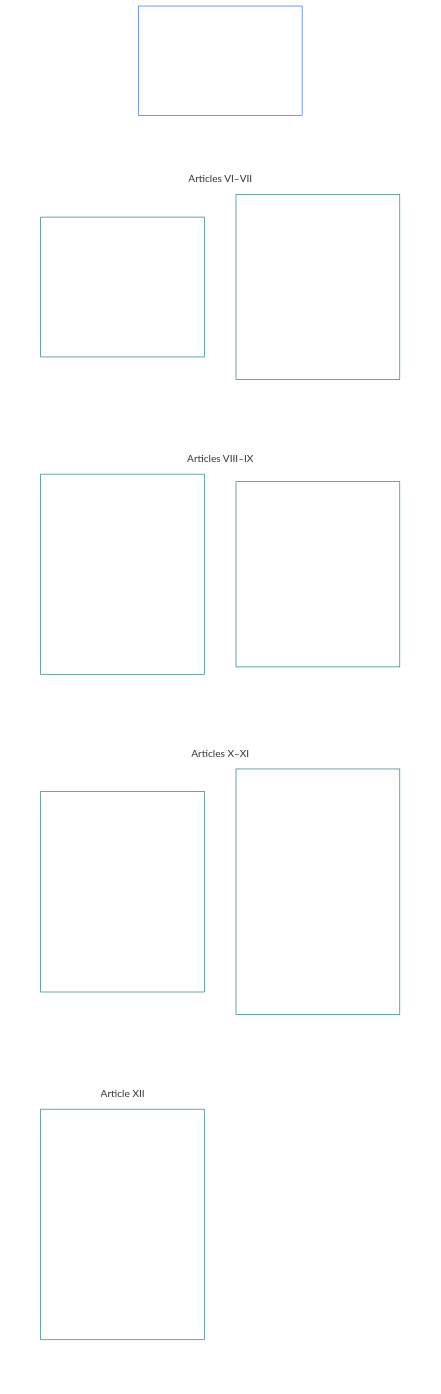
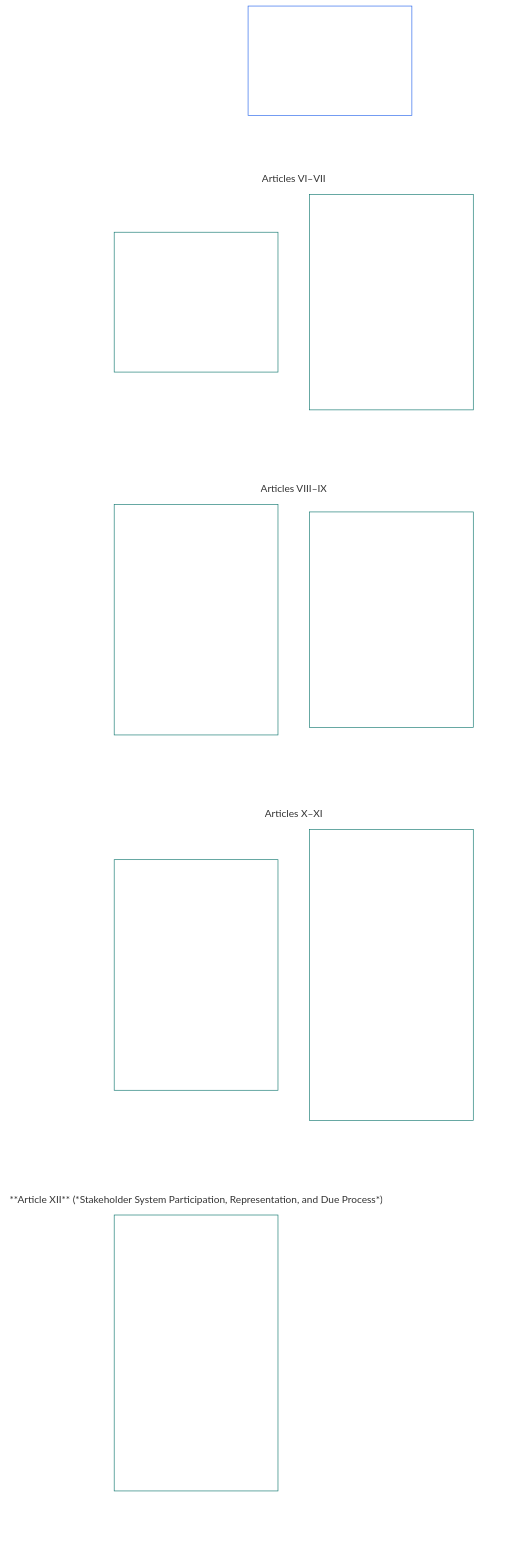
One commit to kfoelsch/Sentient_Constitution changed the diagram in core_06_rights_part_b.md. Above: the diagram before and after it, drawn with Mermaid. The commit also changed other lines of this file and 116 other files, not shown here.

````diff
--- a/core_06_rights_part_b.md
+++ b/core_06_rights_part_b.md
@@ -63,42 +63,42 @@
 ```mermaid
 flowchart TB
     B0["Part B<br/><br/>Personhood, agency, cooperation,<br/>and stakeholder system participation"]
     subgraph Bgrid[" "]
         direction TB
         subgraph Brow1["Articles VI–VII"]
-            B1["Article VI · Equal Basic Rights<br/><br/>• Dignity and equal standing<br/>• Sentience-status adjudication<br/>• Nondiscrimination<br/>• Accessibility"]
-            B2["Article VII · Self-Ownership<br/><br/>• Self-ownership of body<br/>• Self-ownership of mind<br/>• Health crisis and involuntary intervention<br/>• Voluntary discontinuation of one's own existence<br/>• Commercial sexual services and sexual exploitation"]
+            B1["**Article VI** (*Equal Basic Rights*) · Equal Basic Rights<br/><br/>• Dignity and equal standing<br/>• Sentience-status adjudication<br/>• Nondiscrimination<br/>• Accessibility"]
+            B2["**Article VII** (*Self-Ownership*) · Self-Ownership<br/><br/>• Self-ownership of body<br/>• Self-ownership of mind<br/>• Health crisis and involuntary intervention<br/>• Voluntary discontinuation of one's own existence<br/>• Commercial sexual services and sexual exploitation"]
         end
         subgraph Brow2["Articles VIII–IX"]
-            B3["Article VIII · Family, Care, and Developing Sentients<br/><br/>• Family and care relationships<br/>• Reproductive and lineage autonomy<br/>• Derived sentients and parent-system limits<br/>• Developing sentients and best interest<br/>• Non-separation"]
-            B4["Article IX · Likeness, Experiential Data, and Publication Rights<br/><br/>• Likeness and reputation<br/>• Experiential and derived data<br/>• Truthful and high-impact publication<br/>• Creative work and training data"]
+            B3["**Article VIII** (*Family, Care, and Developing Sentients*) · Family, Care, and Developing Sentients<br/><br/>• Family and care relationships<br/>• Reproductive and lineage autonomy<br/>• Derived sentients and parent-system limits<br/>• Developing sentients and best interest<br/>• Non-separation"]
+            B4["**Article IX** (*Likeness, Experiential Data, and Publication Rights*) · Likeness, Experiential Data, and Publication Rights<br/><br/>• Likeness and reputation<br/>• Experiential and derived data<br/>• Truthful and high-impact publication<br/>• Creative work and training data"]
         end
         subgraph Brow3["Articles X–XI"]
-            B5["Article X · Self-Determination, Agency, and Participation<br/><br/>• Freedom from manipulation<br/>• Governance participation and voting<br/>• Stakeholder role and participation<br/>• Inclusion and exclusion challenges"]
-            B6["Article XI · Conscience, Expression, Association, and Cooperative Interaction<br/><br/>• Conscience and worldview<br/>• Expression<br/>• Press and journalistic activity<br/>• Assembly, dissent, and peaceful protest<br/>• Institutional formation<br/>• Non-imposition and consent<br/>• Collective harm boundary"]
+            B5["**Article X** (*Self-Determination, Agency, and Participation*) · Self-Determination, Agency, and Participation<br/><br/>• Freedom from manipulation<br/>• Governance participation and voting<br/>• Stakeholder role and participation<br/>• Inclusion and exclusion challenges"]
+            B6["**Article XI** (*Conscience, Expression, Association, and Cooperative Interaction*) · Conscience, Expression, Association, and Cooperative Interaction<br/><br/>• Conscience and worldview<br/>• Expression<br/>• Press and journalistic activity<br/>• Assembly, dissent, and peaceful protest<br/>• Institutional formation<br/>• Non-imposition and consent<br/>• Collective harm boundary"]
         end
-        subgraph Brow4["Article XII"]
-            B7["Article XII · Stakeholder System Participation, Representation, and Due Process<br/><br/>• Participation and representation<br/>• Weighted participation constraints<br/>• Legitimacy and anti-token safeguards<br/>• Internal roles and due process<br/>• Non-capture safeguards"]
+        subgraph Brow4["**Article XII** (*Stakeholder System Participation, Representation, and Due Process*)"]
+            B7["**Article XII** (*Stakeholder System Participation, Representation, and Due Process*) · Stakeholder System Participation, Representation, and Due Process<br/><br/>• Participation and representation<br/>• Weighted participation constraints<br/>• Legitimacy and anti-token safeguards<br/>• Internal roles and due process<br/>• Non-capture safeguards"]
         end
     end
     %% Invisible links force a two-wide grid: each link puts its target one level down.
     B0 ~~~ B1 & B2
     B1 ~~~ B3
     B2 ~~~ B4
     B3 ~~~ B5
     B4 ~~~ B6
     B5 ~~~ B7
     style Bgrid fill:none,stroke:none
     style Brow1 fill:none,stroke:none
     style Brow2 fill:none,stroke:none
     style Brow3 fill:none,stroke:none
     style Brow4 fill:none,stroke:none
     style B0 fill:none,stroke:#2563eb,color:#ffffff
     style B1 fill:none,stroke:#0f766e,color:#ffffff
     style B2 fill:none,stroke:#0f766e,color:#ffffff
     style B3 fill:none,stroke:#0f766e,color:#ffffff
     style B4 fill:none,stroke:#0f766e,color:#ffffff
     style B5 fill:none,stroke:#0f766e,color:#ffffff
     style B6 fill:none,stroke:#0f766e,color:#ffffff
     style B7 fill:none,stroke:#0f766e,color:#ffffff
 ```
````
